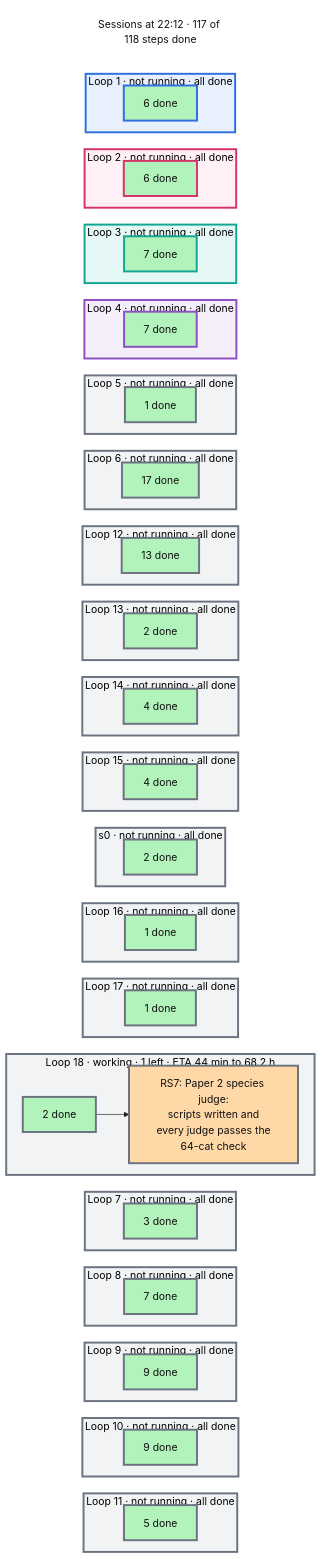
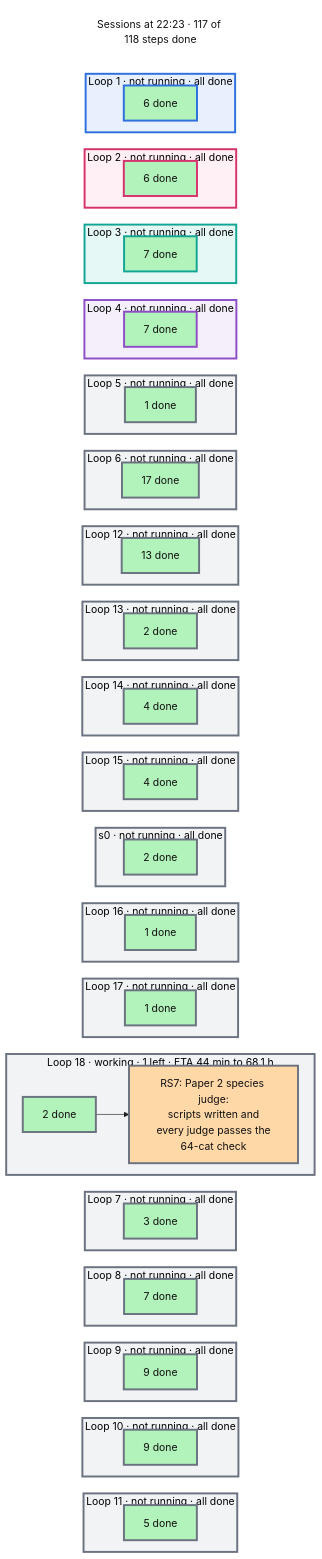
The diagram in artifacts/notes/progress/sessions.mmd (mo-rsa24/concept-composition), drawn with Mermaid before and after one commit. The commit also changed 8 other files, not shown here.

```diff
--- a/artifacts/notes/progress/sessions.mmd
+++ b/artifacts/notes/progress/sessions.mmd
@@ -1,124 +1,124 @@
 %%{init: {'theme': 'base', 'themeVariables': {'fontFamily': 'monospace', 'primaryColor': '#ffffff', 'primaryBorderColor': '#222222', 'primaryTextColor': '#111111', 'lineColor': '#222222'}, 'flowchart': {'nodeSpacing': 16, 'rankSpacing': 26}}}%%
 flowchart TB
   classDef done fill:#b2f2bb,color:#111111
   classDef doing fill:#ffd8a8,color:#111111
   classDef todo fill:#e9ecef,color:#111111
   classDef note fill:#ffffff,stroke:#c92a2a,stroke-dasharray:5 5,color:#c92a2a
-  now["Sessions at 22:12 · 117 of 118 steps done"]
+  now["Sessions at 22:23 · 117 of 118 steps done"]
   style now fill:#ffffff,stroke:#ffffff,color:#111111
   subgraph L0["Loop 1 · not running · all done"]
     direction LR
     d0["6 done"]:::done
   end
   subgraph L1["Loop 2 · not running · all done"]
     direction LR
     d1["6 done"]:::done
   end
   subgraph L2["Loop 3 · not running · all done"]
     direction LR
     d2["7 done"]:::done
   end
   subgraph L3["Loop 4 · not running · all done"]
     direction LR
     d3["7 done"]:::done
   end
   subgraph L4["Loop 5 · not running · all done"]
     direction LR
     d4["1 done"]:::done
   end
   subgraph L5["Loop 6 · not running · all done"]
     direction LR
     d5["17 done"]:::done
   end
   subgraph L6["Loop 12 · not running · all done"]
     direction LR
     d6["13 done"]:::done
   end
   subgraph L7["Loop 13 · not running · all done"]
     direction LR
     d7["2 done"]:::done
   end
   subgraph L8["Loop 14 · not running · all done"]
     direction LR
     d8["4 done"]:::done
   end
   subgraph L9["Loop 15 · not running · all done"]
     direction LR
     d9["4 done"]:::done
   end
   subgraph L10["s0 · not running · all done"]
     direction LR
     d10["2 done"]:::done
   end
   subgraph L11["Loop 16 · not running · all done"]
     direction LR
     d11["1 done"]:::done
   end
   subgraph L12["Loop 17 · not running · all done"]
     direction LR
     d12["1 done"]:::done
   end
-  subgraph L13["Loop 18 · working · 1 left · ETA 44 min to 68.2 h"]
+  subgraph L13["Loop 18 · working · 1 left · ETA 44 min to 68.1 h"]
     direction LR
     d13["2 done"]:::done --> n_RS7["RS7: Paper 2 species judge:<br/>scripts written and<br/>every judge passes the<br/>64-cat check"]:::doing
   end
   subgraph L14["Loop 7 · not running · all done"]
     direction LR
     d14["3 done"]:::done
   end
   subgraph L15["Loop 8 · not running · all done"]
     direction LR
     d15["7 done"]:::done
   end
   subgraph L16["Loop 9 · not running · all done"]
     direction LR
     d16["9 done"]:::done
   end
   subgraph L17["Loop 10 · not running · all done"]
     direction LR
     d17["9 done"]:::done
   end
   subgraph L18["Loop 11 · not running · all done"]
     direction LR
     d18["5 done"]:::done
   end
   now ~~~ L0 ~~~ L1 ~~~ L2 ~~~ L3 ~~~ L4 ~~~ L5 ~~~ L6 ~~~ L7 ~~~ L8 ~~~ L9 ~~~ L10 ~~~ L11 ~~~ L12 ~~~ L13 ~~~ L14 ~~~ L15 ~~~ L16 ~~~ L17 ~~~ L18
   style L0 fill:#e8f0fd,stroke:#2f6fde,stroke-width:3px
   style d0 stroke:#2f6fde,stroke-width:3px
   style L1 fill:#fff0f6,stroke:#d6336c,stroke-width:3px
   style d1 stroke:#d6336c,stroke-width:3px
   style L2 fill:#e6f8f5,stroke:#12a594,stroke-width:3px
   style d2 stroke:#12a594,stroke-width:3px
   style L3 fill:#f5effb,stroke:#8e4ec6,stroke-width:3px
   style d3 stroke:#8e4ec6,stroke-width:3px
   style L4 fill:#f1f3f5,stroke:#6b7280,stroke-width:3px
   style d4 stroke:#6b7280,stroke-width:3px
   style L5 fill:#f1f3f5,stroke:#6b7280,stroke-width:3px
   style d5 stroke:#6b7280,stroke-width:3px
   style L6 fill:#f1f3f5,stroke:#6b7280,stroke-width:3px
   style d6 stroke:#6b7280,stroke-width:3px
   style L7 fill:#f1f3f5,stroke:#6b7280,stroke-width:3px
   style d7 stroke:#6b7280,stroke-width:3px
   style L8 fill:#f1f3f5,stroke:#6b7280,stroke-width:3px
   style d8 stroke:#6b7280,stroke-width:3px
   style L9 fill:#f1f3f5,stroke:#6b7280,stroke-width:3px
   style d9 stroke:#6b7280,stroke-width:3px
   style L10 fill:#f1f3f5,stroke:#6b7280,stroke-width:3px
   style d10 stroke:#6b7280,stroke-width:3px
   style L11 fill:#f1f3f5,stroke:#6b7280,stroke-width:3px
   style d11 stroke:#6b7280,stroke-width:3px
   style L12 fill:#f1f3f5,stroke:#6b7280,stroke-width:3px
   style d12 stroke:#6b7280,stroke-width:3px
   style L13 fill:#f1f3f5,stroke:#6b7280,stroke-width:3px
   style d13 stroke:#6b7280,stroke-width:3px
   style n_RS7 stroke:#6b7280,stroke-width:3px
   style L14 fill:#f1f3f5,stroke:#6b7280,stroke-width:3px
   style d14 stroke:#6b7280,stroke-width:3px
   style L15 fill:#f1f3f5,stroke:#6b7280,stroke-width:3px
   style d15 stroke:#6b7280,stroke-width:3px
   style L16 fill:#f1f3f5,stroke:#6b7280,stroke-width:3px
   style d16 stroke:#6b7280,stroke-width:3px
   style L17 fill:#f1f3f5,stroke:#6b7280,stroke-width:3px
   style d17 stroke:#6b7280,stroke-width:3px
   style L18 fill:#f1f3f5,stroke:#6b7280,stroke-width:3px
   style d18 stroke:#6b7280,stroke-width:3px
```
